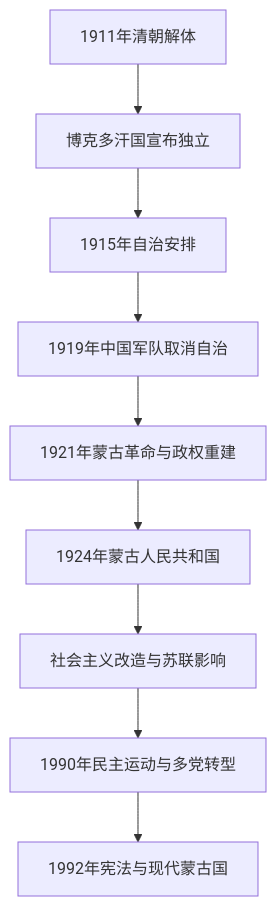
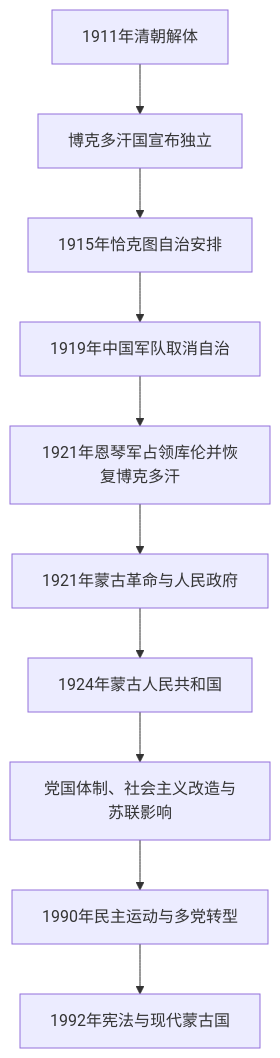
Before and after one commit to tianlan-dev/learning-notes: the diagram in 人文科学/历史/东亚/蒙古/博克多汗国、蒙古人民共和国与现代蒙古.md, drawn with Mermaid. The commit also changed other lines of this file and 1417 other files, not shown here.

````diff
--- a/人文科学/历史/东亚/蒙古/博克多汗国、蒙古人民共和国与现代蒙古.md
+++ b/人文科学/历史/东亚/蒙古/博克多汗国、蒙古人民共和国与现代蒙古.md
@@ -17,11 +19,12 @@
 ```mermaid
 flowchart TD
     QingEnd["1911年清朝解体"] --> Bogd["博克多汗国宣布独立"]
-    Bogd --> Autonomy["1915年自治安排"]
+    Bogd --> Autonomy["1915年恰克图自治安排"]
     Autonomy --> Occupation["1919年中国军队取消自治"]
-    Occupation --> Revolution["1921年蒙古革命与政权重建"]
+    Occupation --> Ungern["1921年恩琴军占领库伦并恢复博克多汗"]
+    Ungern --> Revolution["1921年蒙古革命与人民政府"]
     Revolution --> MPR["1924年蒙古人民共和国"]
-    MPR --> Socialist["社会主义改造与苏联影响"]
+    MPR --> Socialist["党国体制、社会主义改造与苏联影响"]
     Socialist --> Democracy["1990年民主运动与多党转型"]
     Democracy --> Constitution["1992年宪法与现代蒙古国"]
 ```
````
